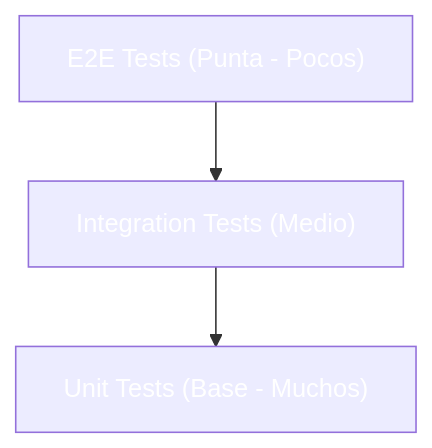
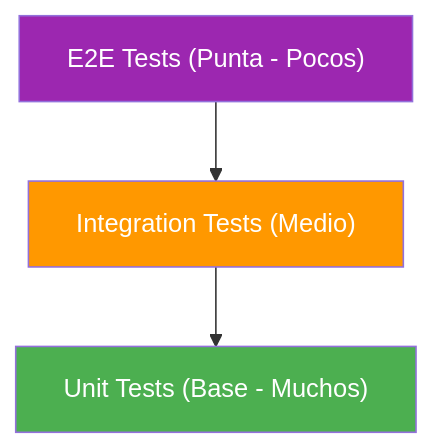
One commit to joseluisgs/DesarrolloWebEntornosServidor-02-2026-2027 changed the diagram in 28-testing.md. Above: the diagram before and after it, drawn with Mermaid. The commit also changed other lines of this file and 29 other files, not shown here.

Commit message:
docs: corregir estilos Mermaid y estilo, quitar referencias a la Tienda y reestructurar los retos 13 y 15

````diff
--- a/28-testing.md
+++ b/28-testing.md
@@ -64,9 +64,9 @@
 ```mermaid
 flowchart TD
     A["E2E Tests (Punta - Pocos)"] --> B["Integration Tests (Medio)"]
     B --> C["Unit Tests (Base - Muchos)"]
 
-    style A fill:#9C27B,color:#fff0,color:#fff
-    style B fill:#FF980,color:#fff0,color:#fff
-    style C fill:#4CAF5,color:#fff0,color:#fff
+    style A fill:#9C27B0,color:#fff
+    style B fill:#FF9800,color:#fff
+    style C fill:#4CAF50,color:#fff
 ```
````
